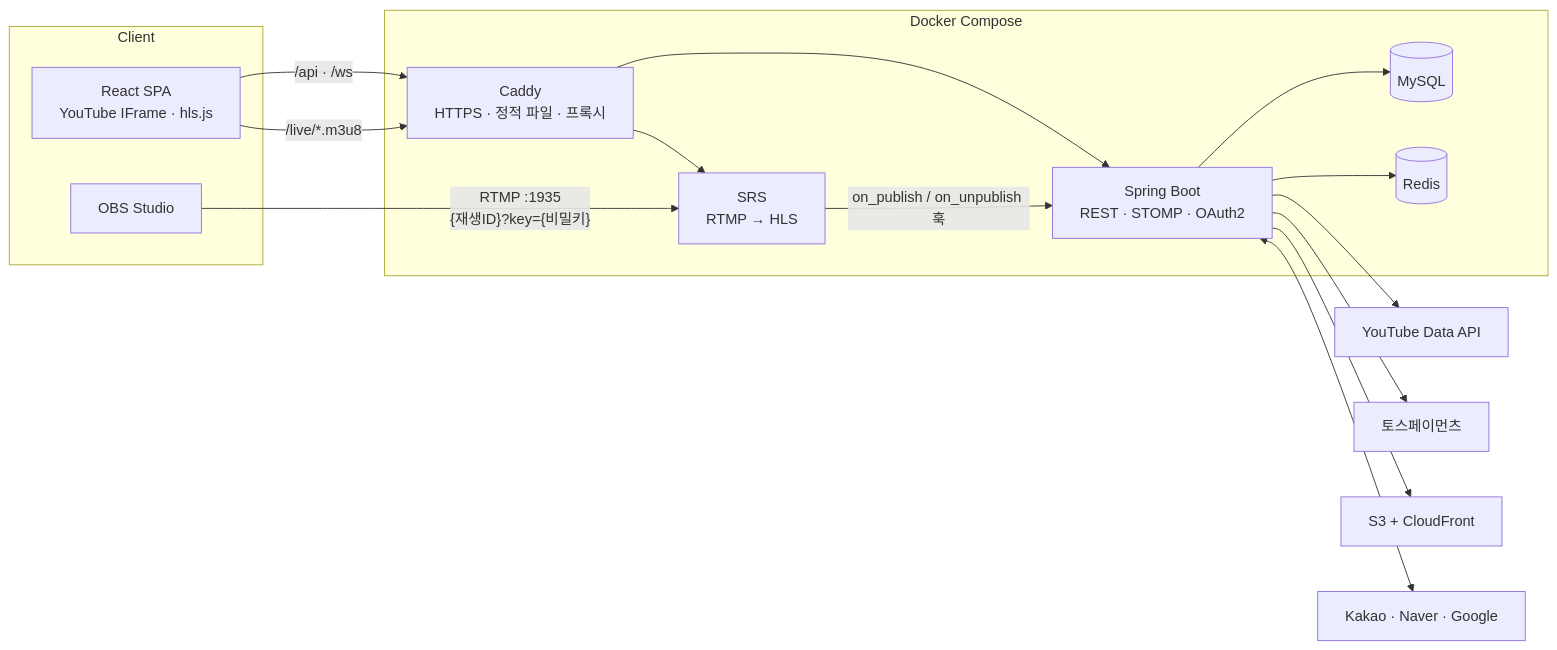
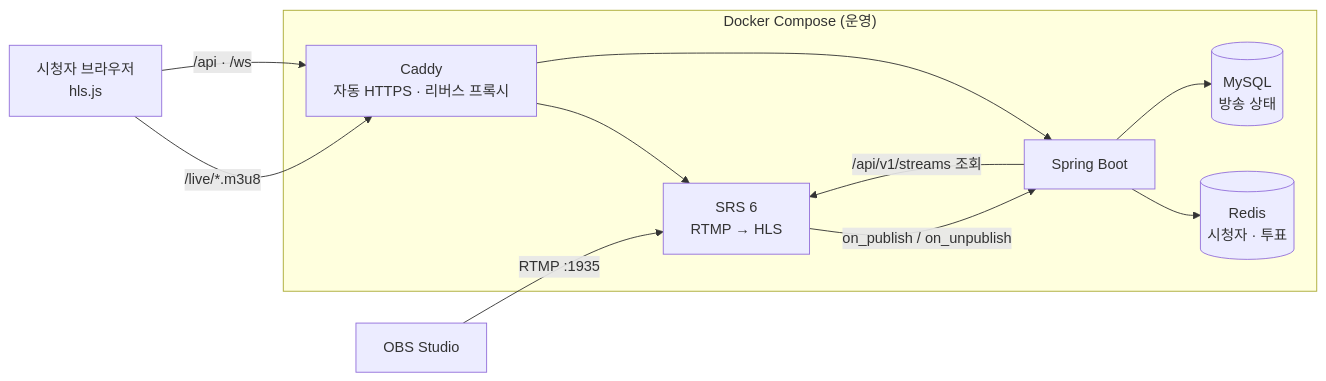
Before and after one commit to JOJOJACK-cmyk/-MUSIC-main2: the first of 2 diagrams in README.md, drawn with Mermaid. The commit also changed other lines of this file, not shown here.

````diff
--- a/README.md
+++ b/README.md
@@ -236,31 +132,17 @@
 ```mermaid
 flowchart LR
-    subgraph Client
-        B[React SPA<br/>YouTube IFrame · hls.js]
-        OBS[OBS Studio]
+    OBS[OBS Studio] -- "RTMP :1935" --> SRS
+    subgraph Server["Docker Compose (운영)"]
+        CADDY[Caddy<br/>자동 HTTPS · 리버스 프록시]
+        API[Spring Boot]
+        SRS[SRS 6<br/>RTMP → HLS]
+        RD[(Redis<br/>시청자 · 투표)]
+        DB[(MySQL<br/>방송 상태)]
     end
-
-    subgraph Server["Docker Compose"]
-        CADDY[Caddy<br/>HTTPS · 정적 파일 · 프록시]
-        API[Spring Boot<br/>REST · STOMP · OAuth2]
-        SRS[SRS<br/>RTMP → HLS]
-        DB[(MySQL)]
-        RD[(Redis)]
-    end
-
-    YT[YouTube Data API]
-    TOSS[토스페이먼츠]
-    S3[S3 + CloudFront]
-    OAUTH[Kakao · Naver · Google]
-
-    B -- "/api · /ws" --> CADDY --> API
-    B -- "/live/*.m3u8" --> CADDY --> SRS
-    OBS -- "RTMP :1935<br/>{재생ID}?key={비밀키}" --> SRS
-    SRS -- "on_publish / on_unpublish 훅" --> API
+    V[시청자 브라우저<br/>hls.js] -- "/live/*.m3u8" --> CADDY --> SRS
+    V -- "/api · /ws" --> CADDY --> API
+    SRS -- "on_publish / on_unpublish" --> API
+    API -- "/api/v1/streams 조회" --> SRS
+    API --> RD
     API --> DB
-    API --> RD
-    API --> YT
-    API --> TOSS
-    API --> S3
-    API <--> OAUTH
 ```
````
